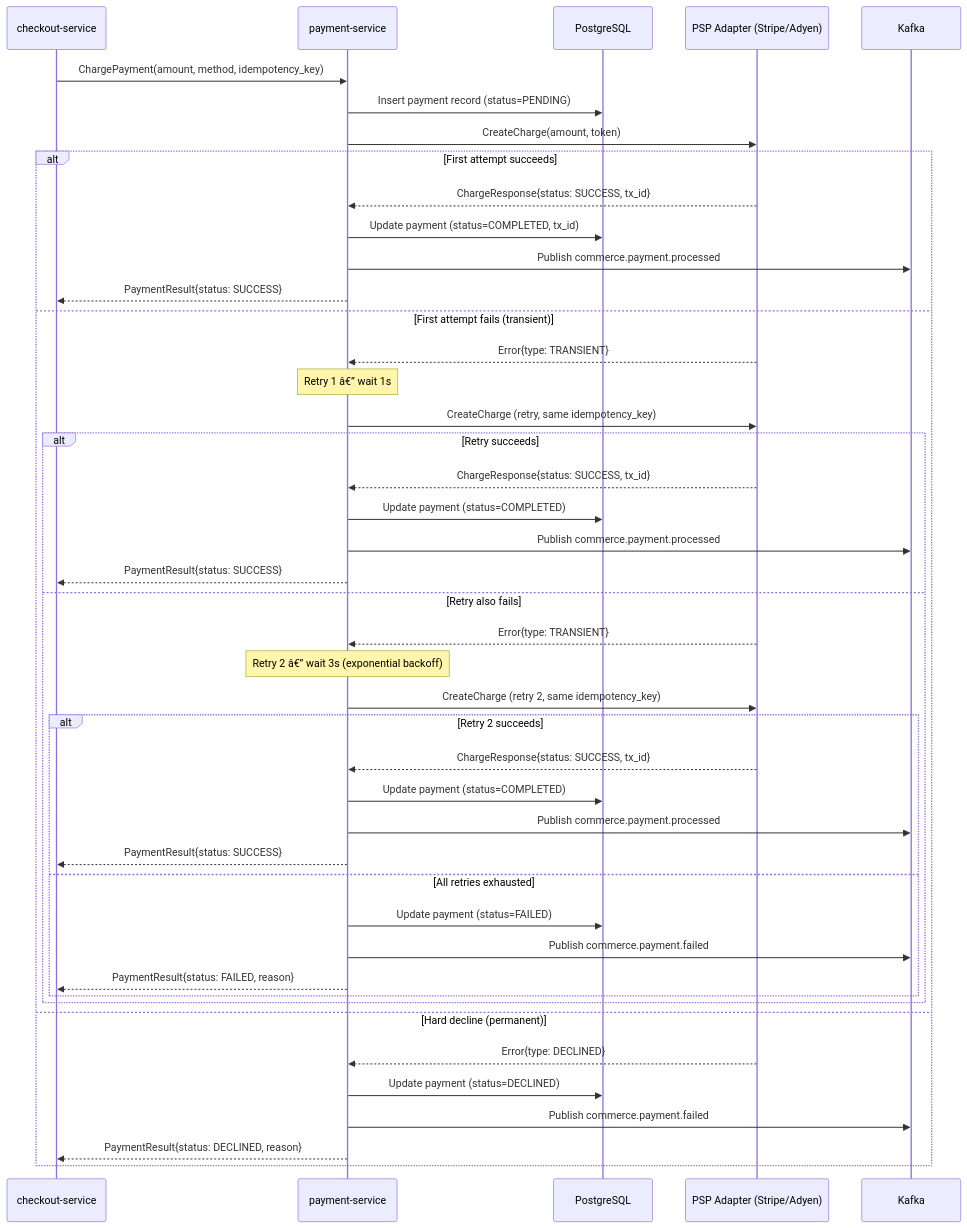
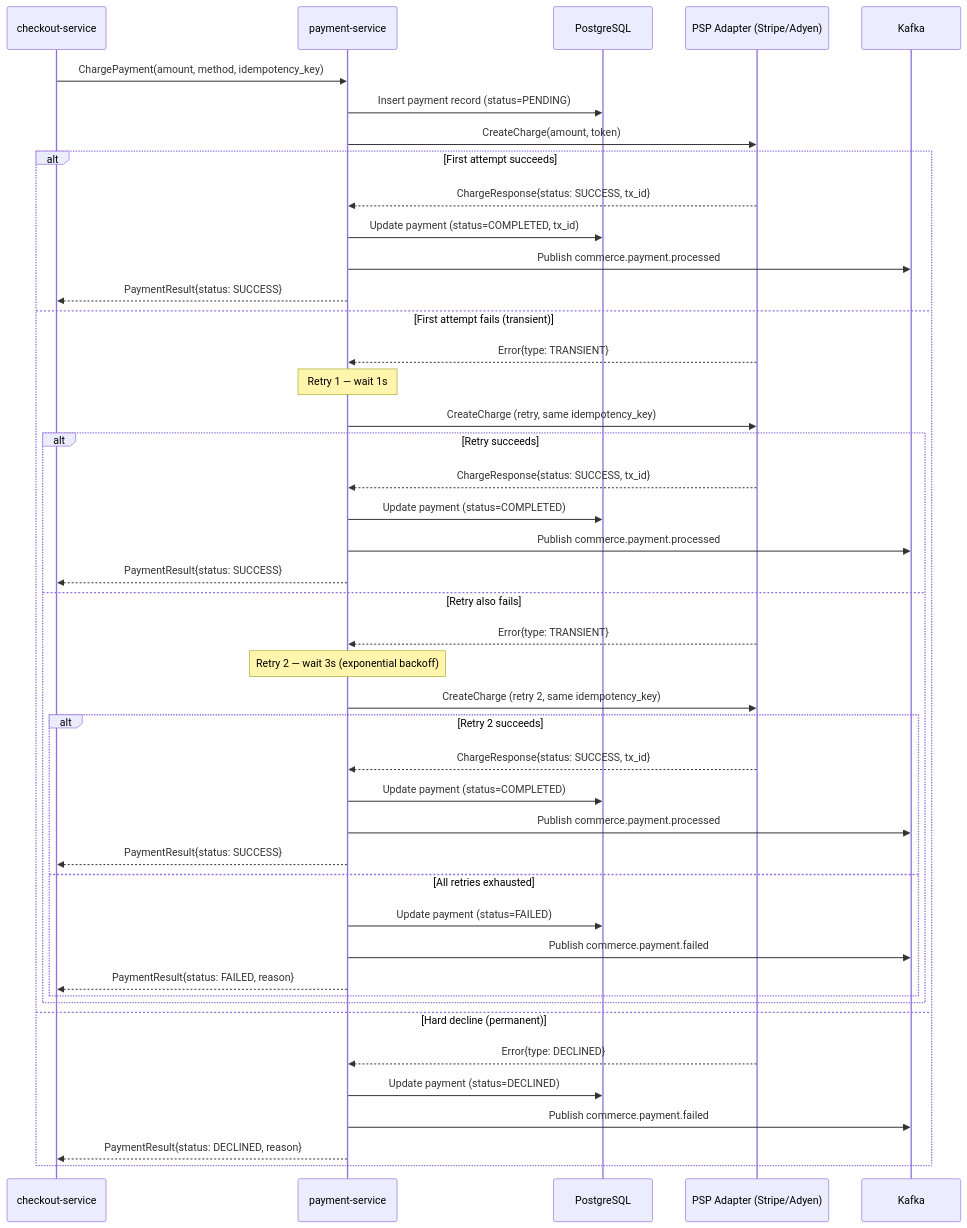
Before and after one commit to prabhat-roy/ShopOS: the diagram in src/commerce/payment-service/README.md, drawn with Mermaid. The commit also changed other lines of this file and 2221 other files, not shown here.

````diff
--- a/src/commerce/payment-service/README.md
+++ b/src/commerce/payment-service/README.md
@@ -11,55 +11,55 @@
 ```mermaid
 sequenceDiagram
     participant CHK as checkout-service
     participant PAY as payment-service
     participant DB as PostgreSQL
     participant PSP as PSP Adapter (Stripe/Adyen)
     participant KAFKA as Kafka
 
     CHK->>PAY: ChargePayment(amount, method, idempotency_key)
     PAY->>DB: Insert payment record (status=PENDING)
 
     PAY->>PSP: CreateCharge(amount, token)
 
     alt First attempt succeeds
         PSP-->>PAY: ChargeResponse{status: SUCCESS, tx_id}
         PAY->>DB: Update payment (status=COMPLETED, tx_id)
         PAY->>KAFKA: Publish commerce.payment.processed
         PAY-->>CHK: PaymentResult{status: SUCCESS}
 
     else First attempt fails (transient)
         PSP-->>PAY: Error{type: TRANSIENT}
-        Note over PAY: Retry 1 â€” wait 1s
+        Note over PAY: Retry 1 — wait 1s
         PAY->>PSP: CreateCharge (retry, same idempotency_key)
 
         alt Retry succeeds
             PSP-->>PAY: ChargeResponse{status: SUCCESS, tx_id}
             PAY->>DB: Update payment (status=COMPLETED)
             PAY->>KAFKA: Publish commerce.payment.processed
             PAY-->>CHK: PaymentResult{status: SUCCESS}
 
         else Retry also fails
             PSP-->>PAY: Error{type: TRANSIENT}
-            Note over PAY: Retry 2 â€” wait 3s (exponential backoff)
+            Note over PAY: Retry 2 — wait 3s (exponential backoff)
             PAY->>PSP: CreateCharge (retry 2, same idempotency_key)
 
             alt Retry 2 succeeds
                 PSP-->>PAY: ChargeResponse{status: SUCCESS, tx_id}
                 PAY->>DB: Update payment (status=COMPLETED)
                 PAY->>KAFKA: Publish commerce.payment.processed
                 PAY-->>CHK: PaymentResult{status: SUCCESS}
 
             else All retries exhausted
                 PAY->>DB: Update payment (status=FAILED)
                 PAY->>KAFKA: Publish commerce.payment.failed
                 PAY-->>CHK: PaymentResult{status: FAILED, reason}
             end
         end
 
     else Hard decline (permanent)
         PSP-->>PAY: Error{type: DECLINED}
         PAY->>DB: Update payment (status=DECLINED)
         PAY->>KAFKA: Publish commerce.payment.failed
         PAY-->>CHK: PaymentResult{status: DECLINED, reason}
     end
 ```
````
